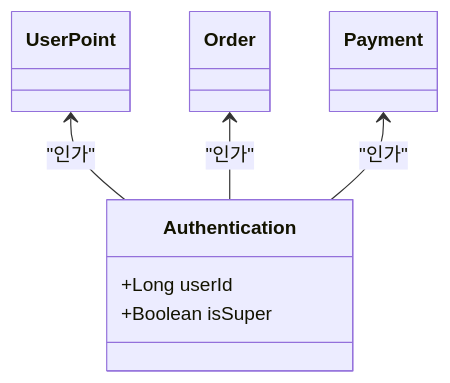
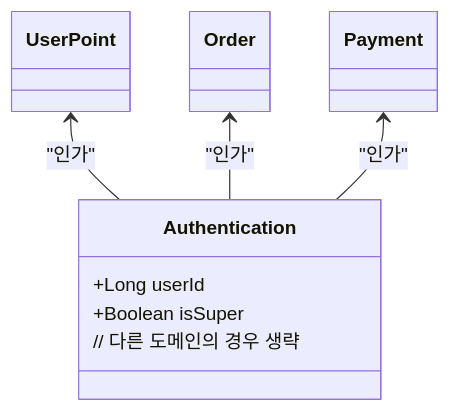
Before and after one commit to jsween5723/commerce: the third of 5 diagrams in docs/class/readme.md, drawn with Mermaid. The commit also changed other lines of this file and 2 other files, not shown here.

````diff
--- a/docs/class/readme.md
+++ b/docs/class/readme.md
@@ -68,11 +68,12 @@
 ```mermaid
 classDiagram
     class Authentication {
         +Long userId
         +Boolean isSuper
+        // 다른 도메인의 경우 생략
     }
 
     UserPoint <-- Authentication: "인가"
     Order <-- Authentication: "인가"
     Payment <-- Authentication: "인가"
 ```
````
